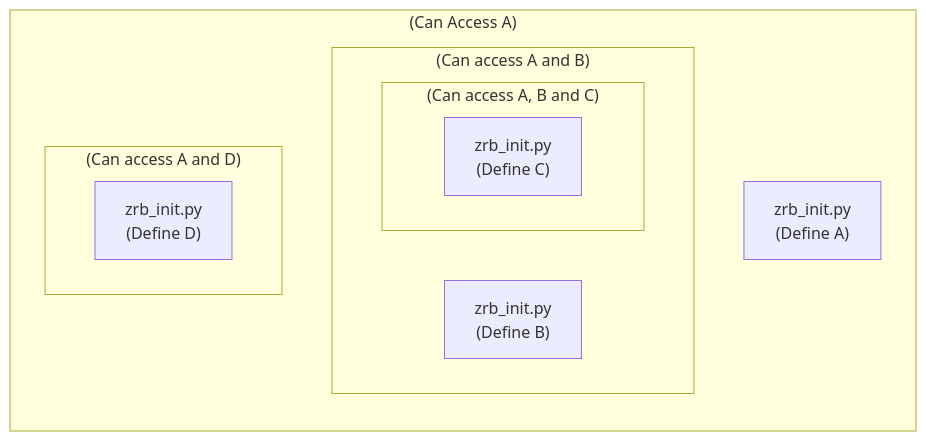
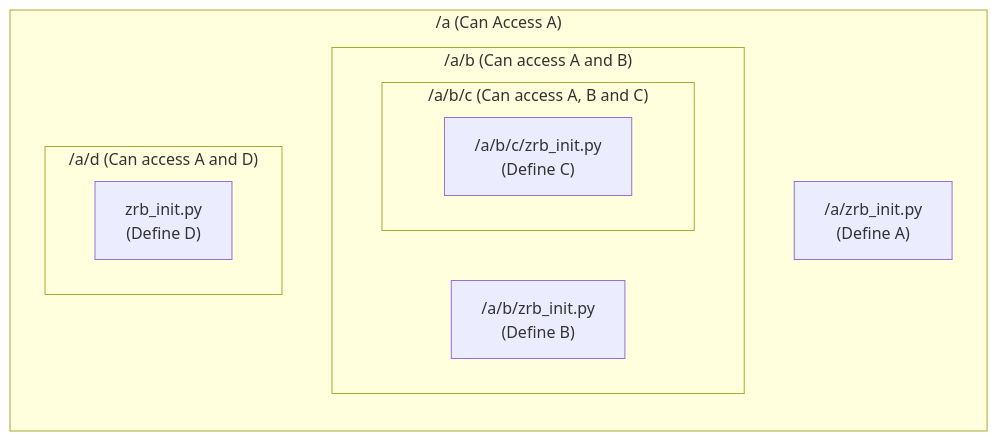
The diagram in docs/README.md (state-alchemists/zrb), drawn with Mermaid before and after one commit. The commit also changed other lines of this file, not shown here.

````diff
--- a/docs/README.md
+++ b/docs/README.md
@@ -19,15 +20,15 @@
     ```mermaid
     flowchart LR
-    subgraph homeDir ["(Can Access A)"]
-        homeDirZrbInit["zrb_init.py<br/>(Define A)"]
-        subgraph projectDir ["(Can access A and B)"]
-            projectDirZrbInit["zrb_init.py<br />(Define B)"]
-            subgraph subProjectDir ["(Can access A, B and C)"]
-                subProjectDirZrbInit["zrb_init.py<br />(Define C)"]
+    subgraph homeDir ["/a (Can Access A)"]
+        homeDirZrbInit["/a/zrb_init.py<br/>(Define A)"]
+        subgraph projectDir ["/a/b (Can access A and B)"]
+            projectDirZrbInit["/a/b/zrb_init.py<br />(Define B)"]
+            subgraph subProjectDir ["/a/b/c (Can access A, B and C)"]
+                subProjectDirZrbInit["/a/b/c/zrb_init.py<br />(Define C)"]
             end
         end
-        subgraph otherProjectDir ["(Can access A and D)"]
+        subgraph otherProjectDir ["/a/d (Can access A and D)"]
             otherProjectDirZrbInit["zrb_init.py<br />(Define D)"]
         end
     end
     ```
````
